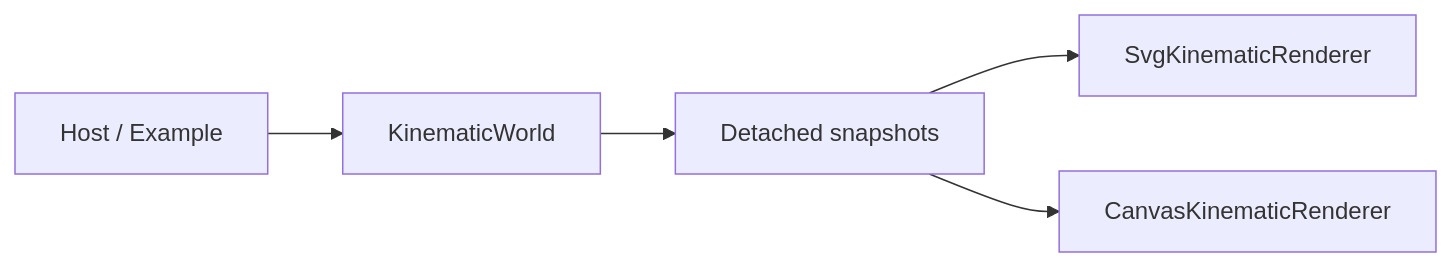
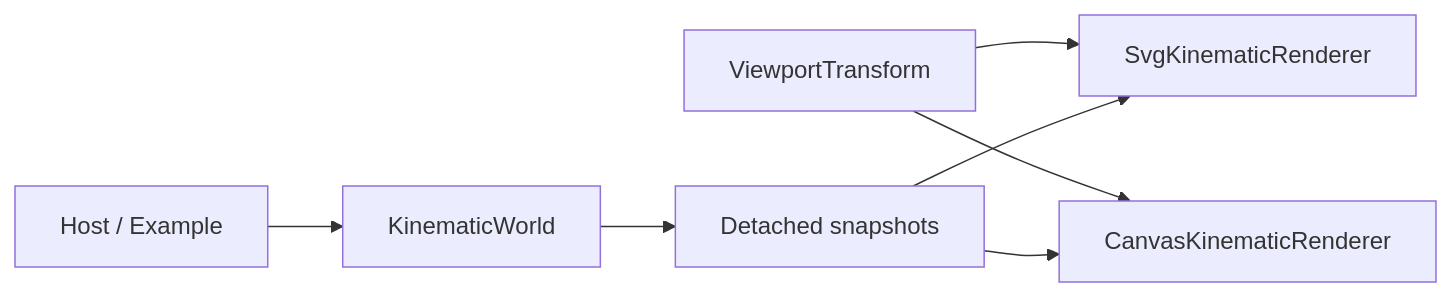
One commit to fa-ribeiro/vLab2D changed the first of 15 diagrams in docs/architecture/README.md. Above: the diagram before and after it, drawn with Mermaid. The commit also changed other lines of this file and 7 other files, not shown here.

````diff
--- a/docs/architecture/README.md
+++ b/docs/architecture/README.md
@@ -25,16 +25,20 @@
 ```mermaid
 flowchart LR
     HOST["Host / Example"]
 
     WORLD["KinematicWorld"]
     SNAP["Detached snapshots"]
 
+    TRANSFORM["ViewportTransform"]
     SVG["SvgKinematicRenderer"]
     CANVAS["CanvasKinematicRenderer"]
 
     HOST --> WORLD
     WORLD --> SNAP
 
+    TRANSFORM --> SVG
+    TRANSFORM --> CANVAS
+
     SNAP --> SVG
     SNAP --> CANVAS
 ```
````
